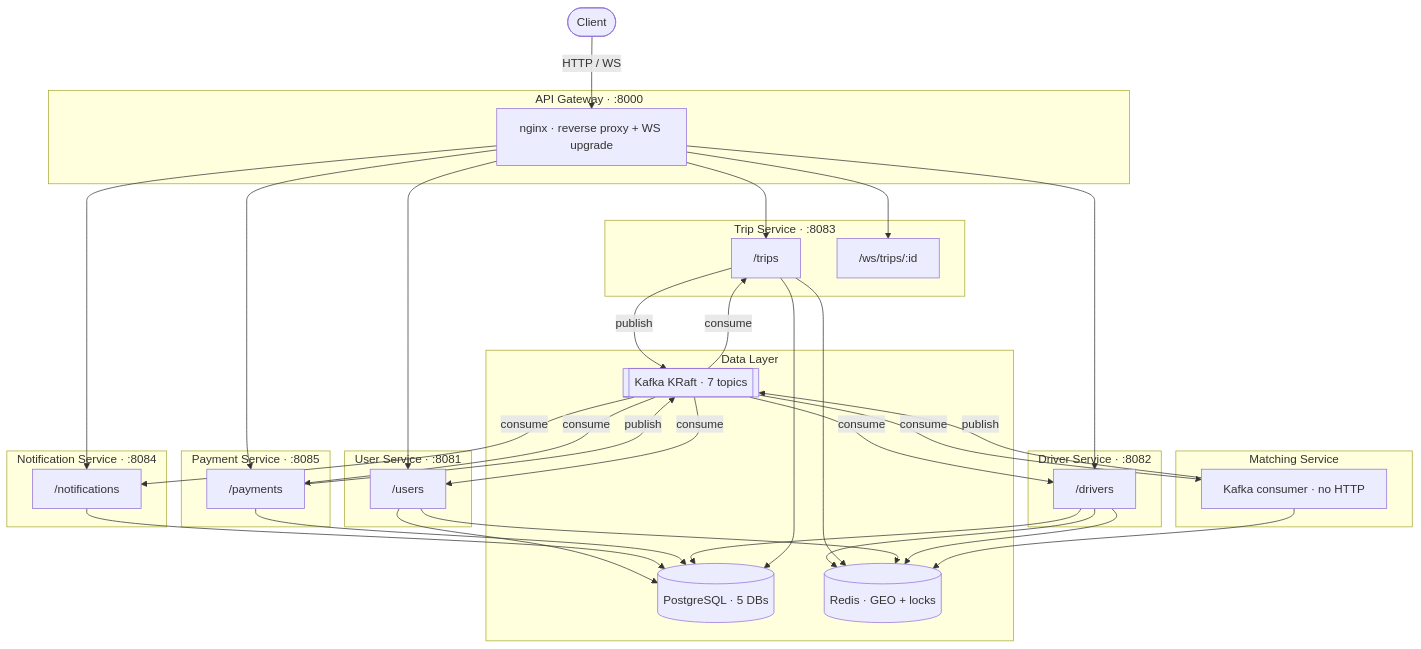
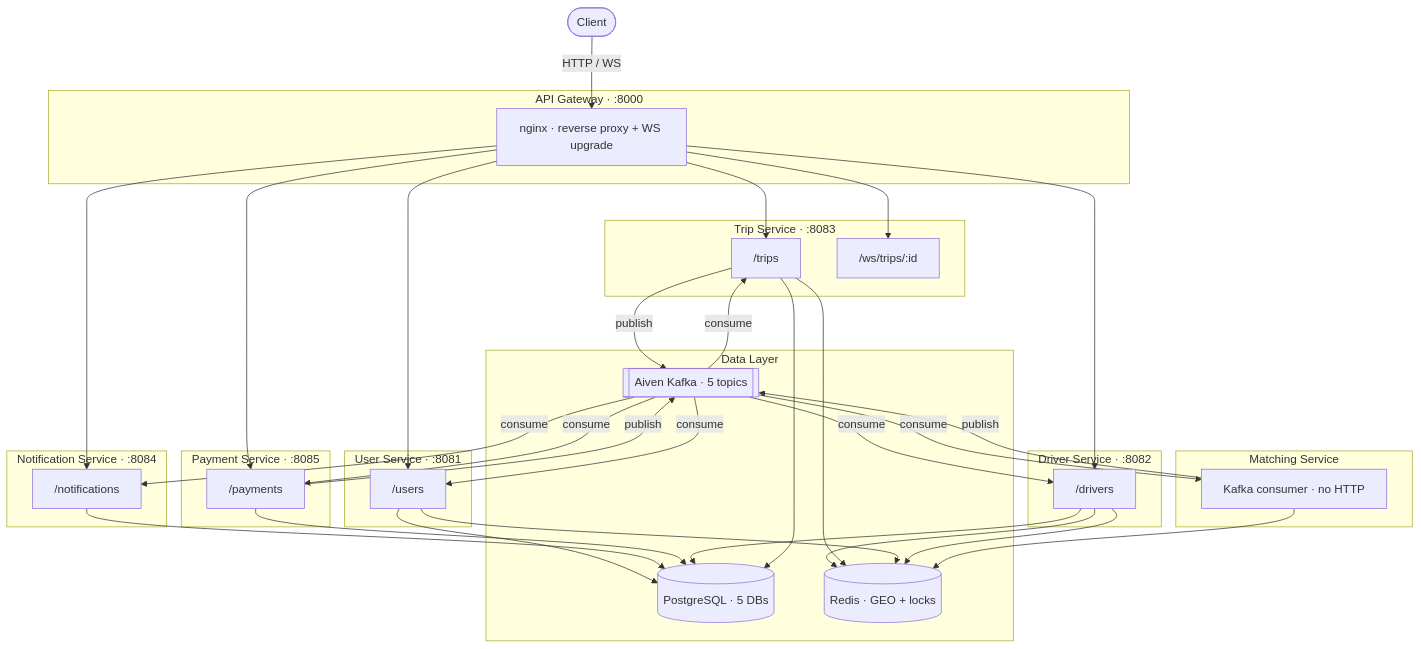
The diagram in README.md (SaiKrishnaMulukutla/uber), drawn with Mermaid before and after one commit. The commit also changed other lines of this file and 4 other files, not shown here.

Commit message:
Add project documentation and architecture

````diff
--- a/README.md
+++ b/README.md
@@ -52,45 +52,45 @@
 ```mermaid
 flowchart TD
     Client(["Client"])
 
     subgraph Gateway["API Gateway · :8000"]
         Nginx["nginx · reverse proxy + WS upgrade"]
     end
 
     subgraph UserSvc["User Service · :8081"]
         U["/users"]
     end
     subgraph DriverSvc["Driver Service · :8082"]
         D["/drivers"]
     end
     subgraph TripSvc["Trip Service · :8083"]
         T["/trips"]
         WS["/ws/trips/:id"]
     end
     subgraph MatchSvc["Matching Service"]
         M["Kafka consumer · no HTTP"]
     end
     subgraph NotifSvc["Notification Service · :8084"]
         N["/notifications"]
     end
     subgraph PaySvc["Payment Service · :8085"]
         P["/payments"]
     end
 
     subgraph Data["Data Layer"]
         PG[("PostgreSQL · 5 DBs")]
         Redis[("Redis · GEO + locks")]
-        Kafka[["Kafka KRaft · 7 topics"]]
+        Kafka[["Aiven Kafka · 5 topics"]]
     end
 
     Client -->|HTTP / WS| Nginx
     Nginx --> U & D & T & WS & N & P
 
     U & N & P --> PG
     D & T --> PG & Redis
     U & D --> Redis
     T & P -->|publish| Kafka
     Kafka -->|consume| M & D & U & N & P & T
     M --> Redis
     M -->|publish| Kafka
 ```
````
